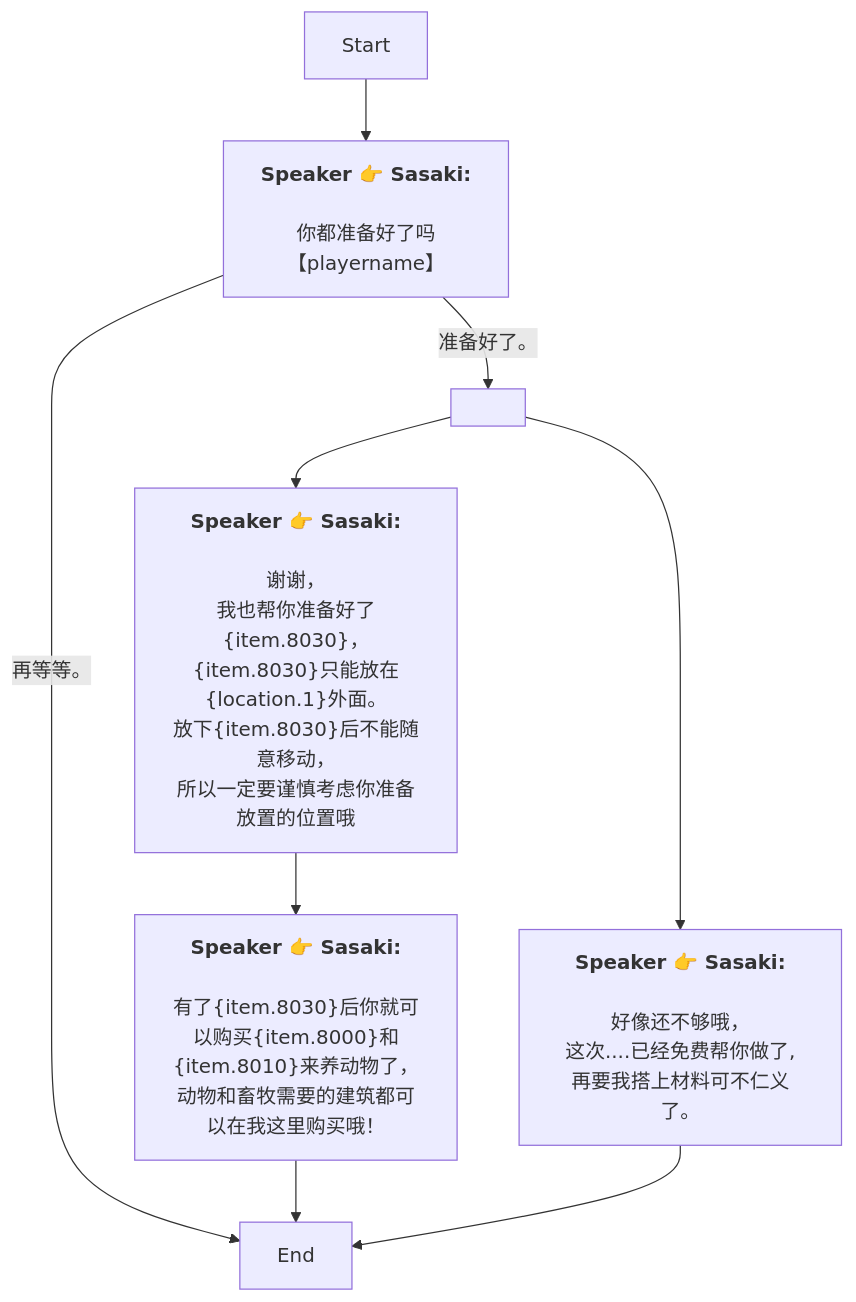
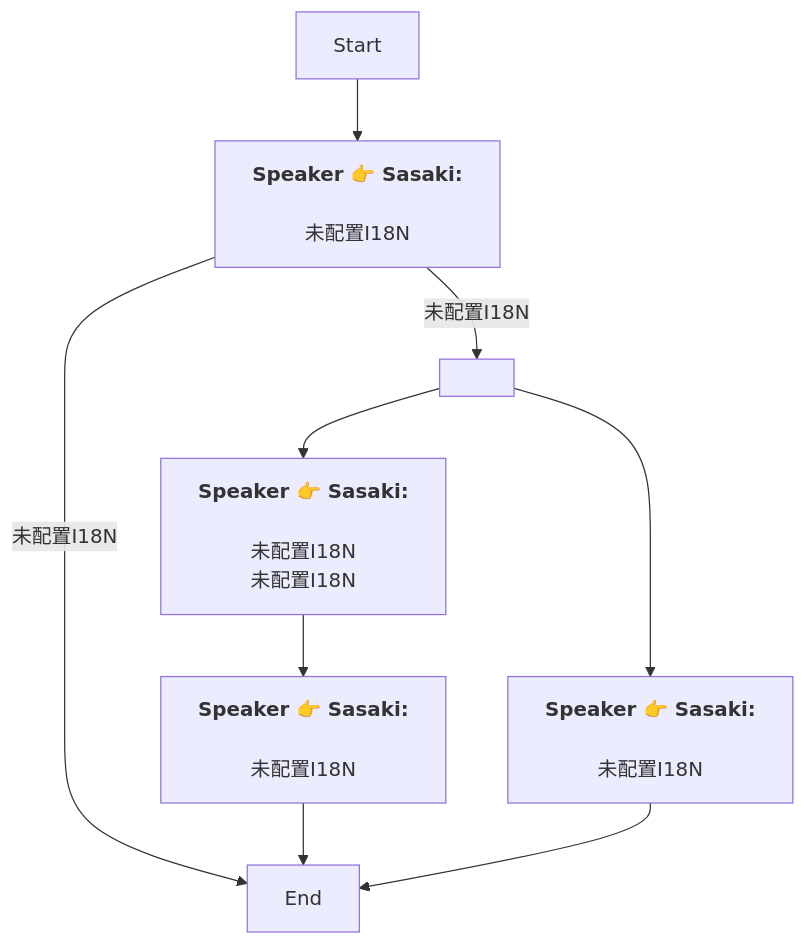
One commit to SoftHu/tos_avg changed the diagram in Zh/QuestTalkObjectiveNode_1741370761464091.md. Above: the diagram before and after it, drawn with Mermaid. The commit also changed 730 other files, not shown here.

````diff
--- a/Zh/QuestTalkObjectiveNode_1741370761464091.md
+++ b/Zh/QuestTalkObjectiveNode_1741370761464091.md
@@ -1,23 +1,16 @@
 ```mermaid
 graph
 Start -->1741371176241438[<b>Speaker 👉 Sasaki:</b>
-\n你都准备好了吗
-【playername】]
-1741371176241438 -->|再等等。|1756425180201483[End]
-1741371176241438 -->|准备好了。|1756425024283146[ ]
+\n未配置I18N]
+1741371176241438 -->|未配置I18N|1756425180201483[End]
+1741371176241438 -->|未配置I18N|1756425024283146[ ]
 1756425024283146 -->1741371496490279[<b>Speaker 👉 Sasaki:</b>
-\n好像还不够哦，
-这次....已经免费帮你做了,
-再要我搭上材料可不仁义了。]
+\n未配置I18N]
 1756425024283146 -->1741371646951720[<b>Speaker 👉 Sasaki:</b>
-\n谢谢，
-我也帮你准备好了&lbrace;item.8030&rbrace;，
-&lbrace;item.8030&rbrace;只能放在&lbrace;location.1&rbrace;外面。\n放下&lbrace;item.8030&rbrace;后不能随意移动，
-所以一定要谨慎考虑你准备放置的位置哦]
+\n未配置I18N\n未配置I18N]
 1741371646951720 -->1741372937941290[<b>Speaker 👉 Sasaki:</b>
-\n有了&lbrace;item.8030&rbrace;后你就可以购买&lbrace;item.8000&rbrace;和&lbrace;item.8010&rbrace;来养动物了，
-动物和畜牧需要的建筑都可以在我这里购买哦！]
+\n未配置I18N]
 1741372937941290 -->1756425180201483[End]
 1741371496490279 -->1756425180201483[End]
 
 ```
````
